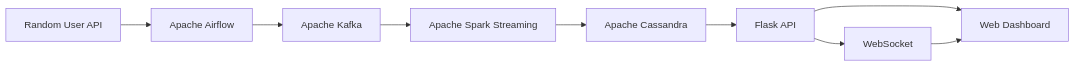
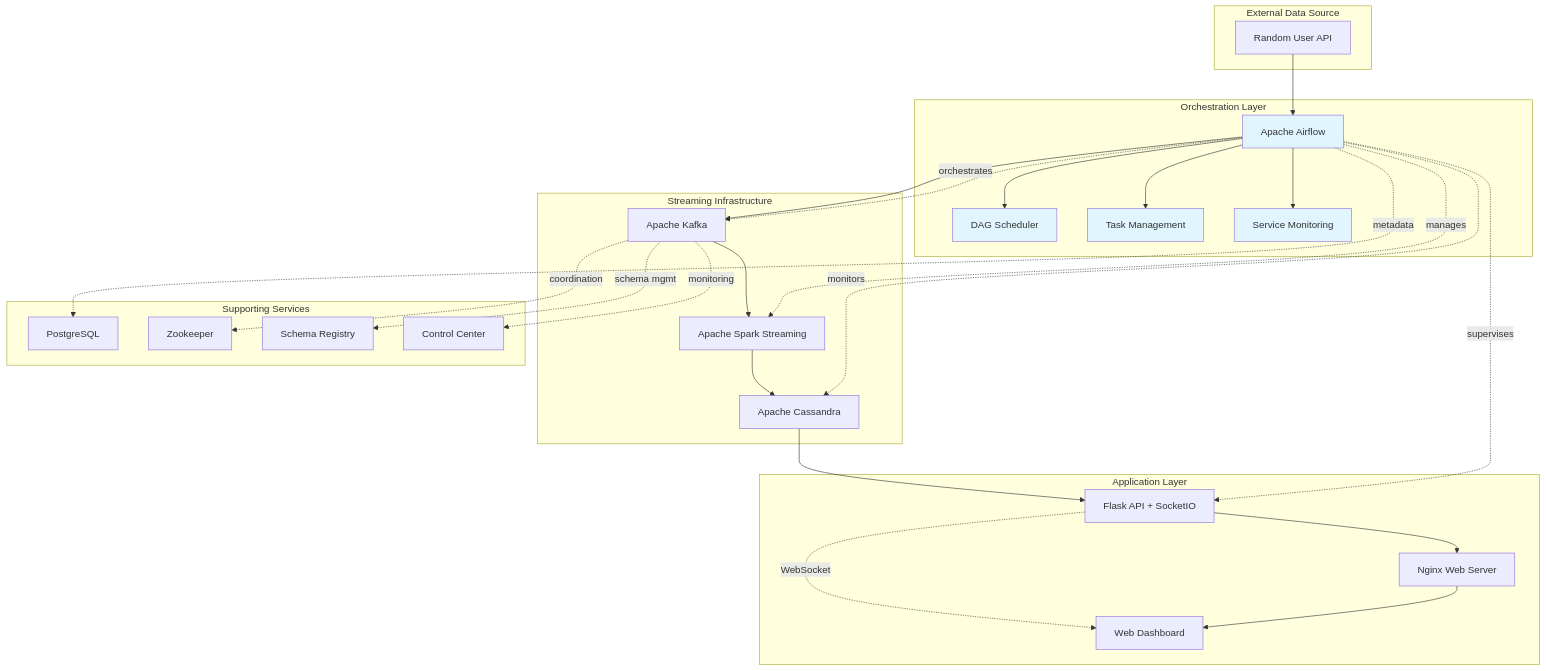
One commit to SachinShet73/real-time-pipeline changed the diagram in README.md. Above: the diagram before and after it, drawn with Mermaid.

````diff
--- a/README.md
+++ b/README.md
@@ -23,11 +23,56 @@
 ```mermaid
-graph LR
-    A[Random User API] --> B[Apache Airflow]
-    B --> C[Apache Kafka]
-    C --> D[Apache Spark Streaming]
-    D --> E[Apache Cassandra]
-    E --> F[Flask API]
-    F --> G[Web Dashboard]
-    F --> H[WebSocket]
-    H --> G
+graph TB
+    subgraph "External Data Source"
+        A[Random User API]
+    end
+    
+    subgraph "Orchestration Layer"
+        B[Apache Airflow]
+        B --> B1[DAG Scheduler]
+        B --> B2[Task Management]
+        B --> B3[Service Monitoring]
+    end
+    
+    subgraph "Streaming Infrastructure"
+        C[Apache Kafka]
+        D[Apache Spark Streaming]
+        E[Apache Cassandra]
+    end
+    
+    subgraph "Application Layer"
+        F[Flask API + SocketIO]
+        G[Nginx Web Server]
+        H[Web Dashboard]
+    end
+    
+    subgraph "Supporting Services"
+        I[PostgreSQL]
+        J[Zookeeper]
+        K[Schema Registry]
+        L[Control Center]
+    end
+    
+    A --> B
+    B -.->|orchestrates| C
+    B -.->|manages| D
+    B -.->|monitors| E
+    B -.->|supervises| F
+    
+    B --> C
+    C --> D
+    D --> E
+    E --> F
+    F --> G
+    G --> H
+    F -.->|WebSocket| H
+    
+    B -.->|metadata| I
+    C -.->|coordination| J
+    C -.->|schema mgmt| K
+    C -.->|monitoring| L
+    
+    style B fill:#e1f5fe
+    style B1 fill:#e1f5fe
+    style B2 fill:#e1f5fe
+    style B3 fill:#e1f5fe
 ```
````
